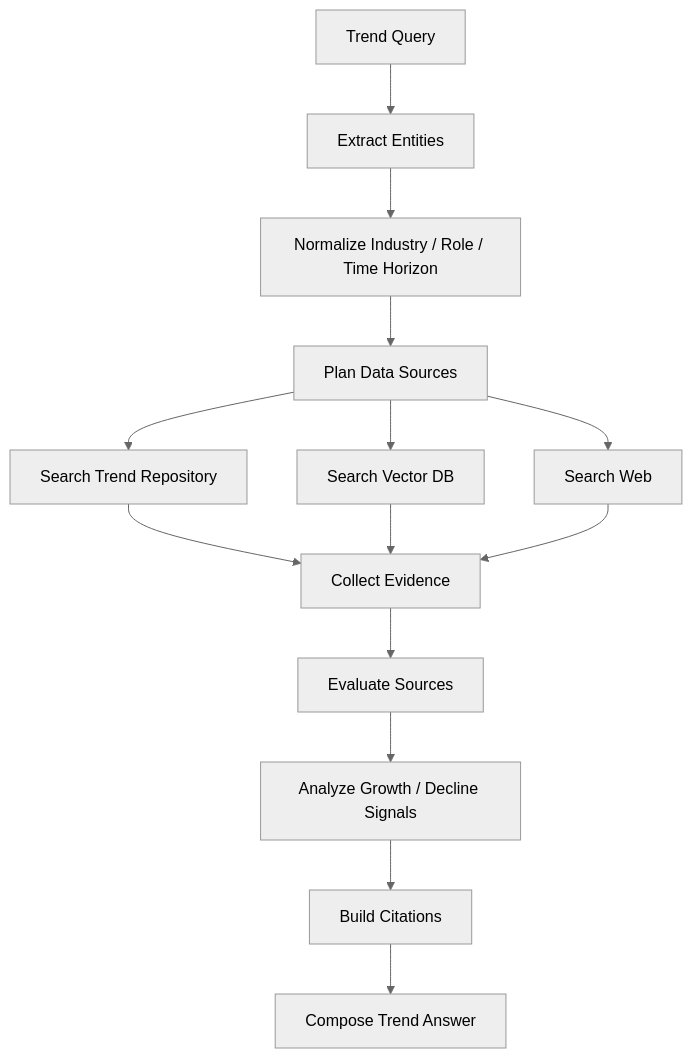
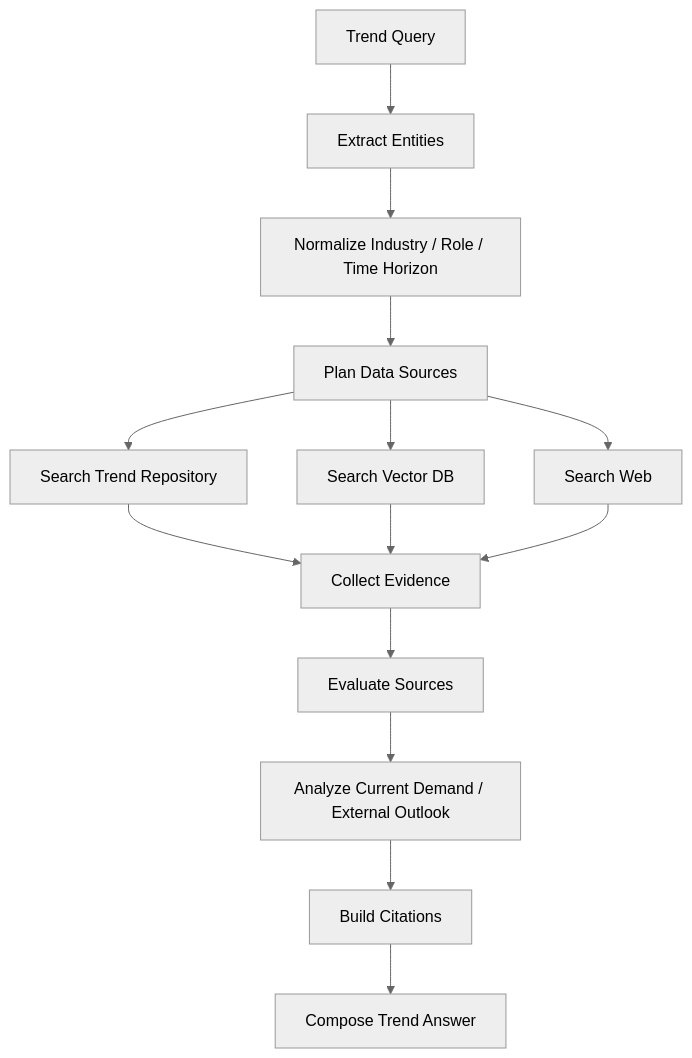
The fourth of 6 diagrams in backend/market_scout/README.md (HungHoDuy/Z-MentorAI), drawn with Mermaid (neutral theme) before and after one commit. The commit also changed other lines of this file and 39 other files, not shown here.

Commit message:
external outlook

````diff
--- a/backend/market_scout/README.md
+++ b/backend/market_scout/README.md
@@ -151,16 +151,16 @@
 ```mermaid
 flowchart TD
     A["Trend Query"] --> B["Extract Entities"]
     B --> C["Normalize Industry / Role / Time Horizon"]
     C --> D["Plan Data Sources"]
     D --> E["Search Trend Repository"]
     D --> F["Search Vector DB"]
     D --> G["Search Web"]
     E --> H["Collect Evidence"]
     F --> H
     G --> H
     H --> I["Evaluate Sources"]
-    I --> J["Analyze Growth / Decline Signals"]
+    I --> J["Analyze Current Demand / External Outlook"]
     J --> K["Build Citations"]
     K --> L["Compose Trend Answer"]
 ```
````
